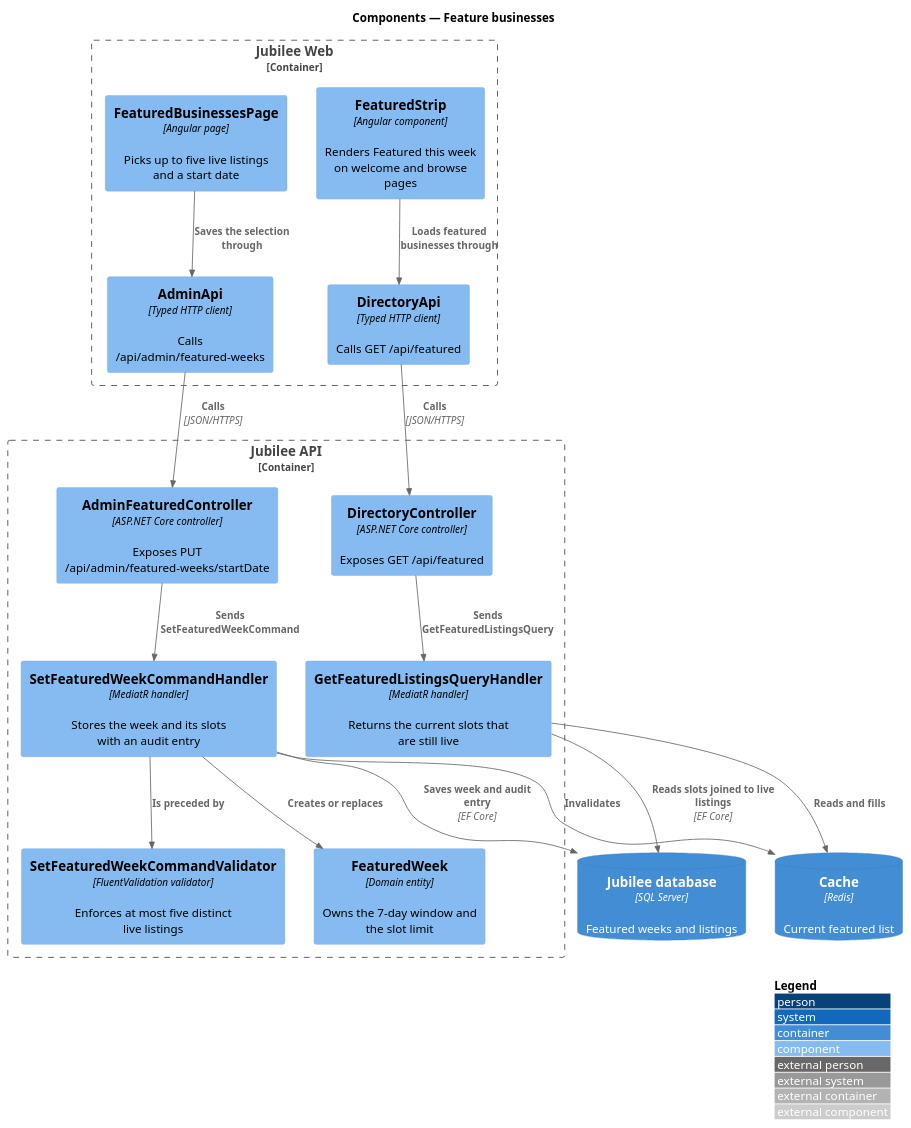
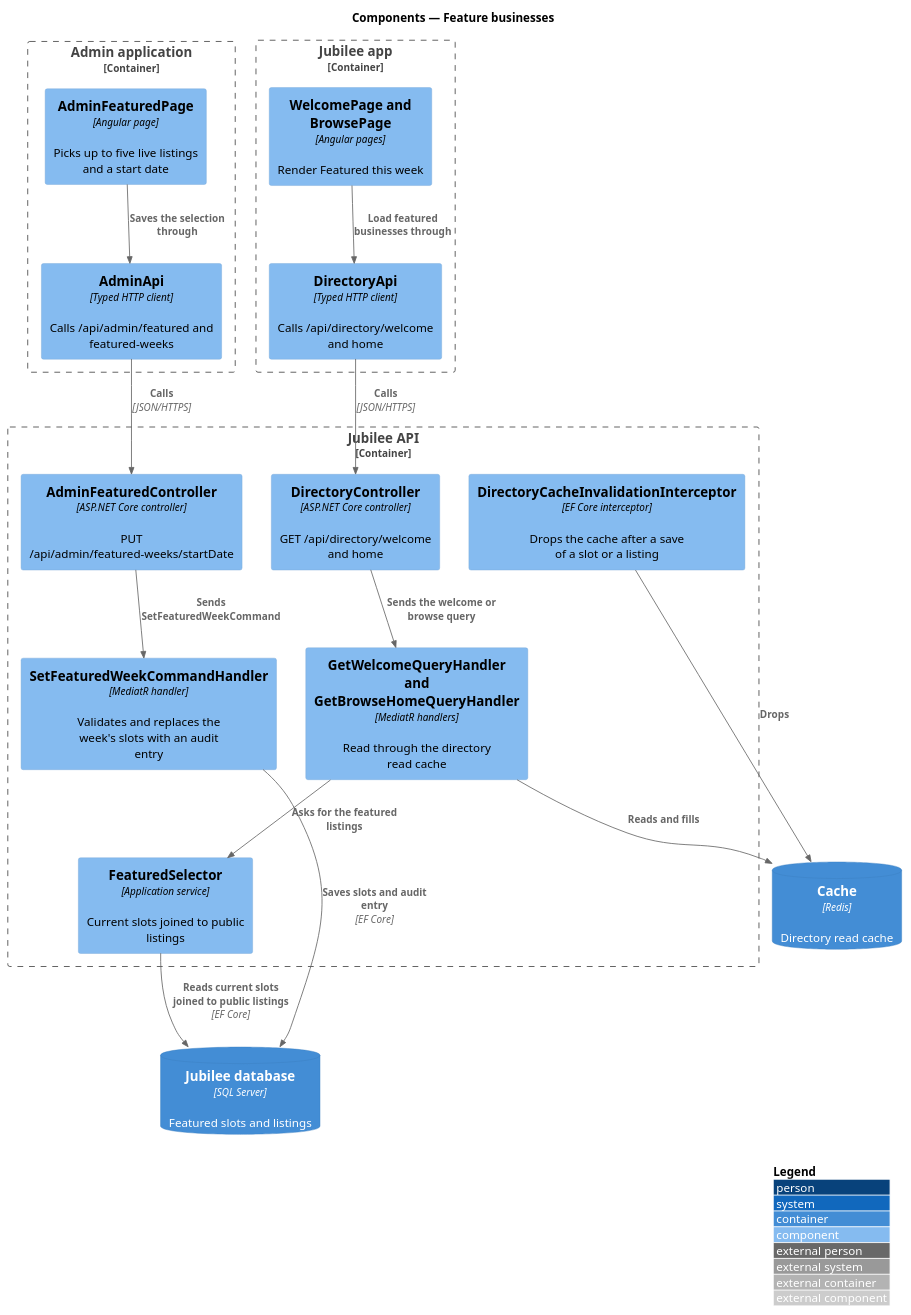
One commit to QuinntyneBrown/jubilee changed the diagram in docs/detailed-designs/moderation/feature-businesses/diagrams/c4-component.puml. Above: the diagram before and after it, drawn with PlantUML. The commit also changed 27 other files, not shown here.

First line of the commit message:
Journey 25: requirements, ADR 0058 and designs for the report notice, the admin bar count and the public bound

```diff
--- a/docs/detailed-designs/moderation/feature-businesses/diagrams/c4-component.puml
+++ b/docs/detailed-designs/moderation/feature-businesses/diagrams/c4-component.puml
@@ -1,34 +1,35 @@
 @startuml
 !include <C4/C4_Component>
 LAYOUT_WITH_LEGEND()
 title Components — Feature businesses
-Container_Boundary(web, "Jubilee Web") {
-  Component(admin, "FeaturedBusinessesPage", "Angular page", "Picks up to five live listings and a start date")
-  Component(strip, "FeaturedStrip", "Angular component", "Renders Featured this week on welcome and browse pages")
-  Component(aclient, "AdminApi", "Typed HTTP client", "Calls /api/admin/featured-weeks")
-  Component(dclient, "DirectoryApi", "Typed HTTP client", "Calls GET /api/featured")
+Container_Boundary(admin, "Admin application") {
+  Component(page, "AdminFeaturedPage", "Angular page", "Picks up to five live listings and a start date")
+  Component(aclient, "AdminApi", "Typed HTTP client", "Calls /api/admin/featured and featured-weeks")
+}
+Container_Boundary(web, "Jubilee app") {
+  Component(pages, "WelcomePage and BrowsePage", "Angular pages", "Render Featured this week")
+  Component(dclient, "DirectoryApi", "Typed HTTP client", "Calls /api/directory/welcome and home")
 }
 Container_Boundary(api, "Jubilee API") {
-  Component(actrl, "AdminFeaturedController", "ASP.NET Core controller", "Exposes PUT /api/admin/featured-weeks/startDate")
-  Component(dctrl, "DirectoryController", "ASP.NET Core controller", "Exposes GET /api/featured")
-  Component(sh, "SetFeaturedWeekCommandHandler", "MediatR handler", "Stores the week and its slots with an audit entry")
-  Component(val, "SetFeaturedWeekCommandValidator", "FluentValidation validator", "Enforces at most five distinct live listings")
-  Component(qh, "GetFeaturedListingsQueryHandler", "MediatR handler", "Returns the current slots that are still live")
-  Component(week, "FeaturedWeek", "Domain entity", "Owns the 7-day window and the slot limit")
+  Component(actrl, "AdminFeaturedController", "ASP.NET Core controller", "PUT /api/admin/featured-weeks/startDate")
+  Component(dctrl, "DirectoryController", "ASP.NET Core controller", "GET /api/directory/welcome and home")
+  Component(sh, "SetFeaturedWeekCommandHandler", "MediatR handler", "Validates and replaces the week's slots with an audit entry")
+  Component(qh, "GetWelcomeQueryHandler and GetBrowseHomeQueryHandler", "MediatR handlers", "Read through the directory read cache")
+  Component(sel, "FeaturedSelector", "Application service", "Current slots joined to public listings")
+  Component(icpt, "DirectoryCacheInvalidationInterceptor", "EF Core interceptor", "Drops the cache after a save of a slot or a listing")
 }
-ContainerDb(db, "Jubilee database", "SQL Server", "Featured weeks and listings")
-ContainerDb(cache, "Cache", "Redis", "Current featured list")
+ContainerDb(db, "Jubilee database", "SQL Server", "Featured slots and listings")
+ContainerDb(cache, "Cache", "Redis", "Directory read cache")
 
-Rel(admin, aclient, "Saves the selection through")
-Rel(strip, dclient, "Loads featured businesses through")
+Rel(page, aclient, "Saves the selection through")
+Rel(pages, dclient, "Load featured businesses through")
 Rel(aclient, actrl, "Calls", "JSON/HTTPS")
 Rel(dclient, dctrl, "Calls", "JSON/HTTPS")
 Rel(actrl, sh, "Sends SetFeaturedWeekCommand")
-Rel(sh, val, "Is preceded by")
-Rel(sh, week, "Creates or replaces")
-Rel(sh, db, "Saves week and audit entry", "EF Core")
-Rel(sh, cache, "Invalidates")
-Rel(dctrl, qh, "Sends GetFeaturedListingsQuery")
+Rel(sh, db, "Saves slots and audit entry", "EF Core")
+Rel(icpt, cache, "Drops")
+Rel(dctrl, qh, "Sends the welcome or browse query")
 Rel(qh, cache, "Reads and fills")
-Rel(qh, db, "Reads slots joined to live listings", "EF Core")
+Rel(qh, sel, "Asks for the featured listings")
+Rel(sel, db, "Reads current slots joined to public listings", "EF Core")
 @enduml
```
